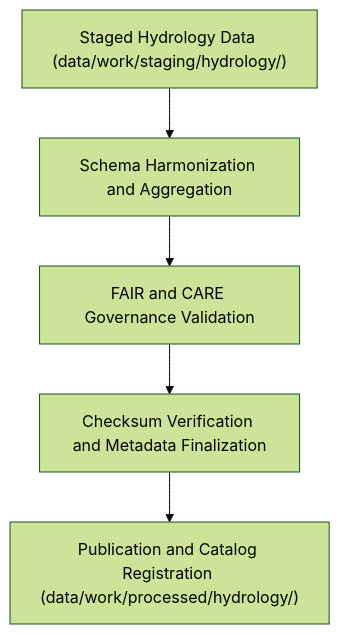
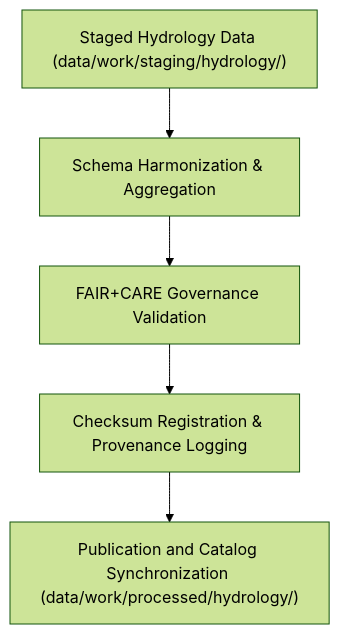
The diagram in data/work/processed/hydrology/README.md (bartytime4life/Kansas-Frontier-Matrix), drawn with Mermaid (forest theme) before and after one commit. The commit also changed other lines of this file, not shown here.

````diff
--- a/data/work/processed/hydrology/README.md
+++ b/data/work/processed/hydrology/README.md
@@ -61,7 +67,7 @@
 ```mermaid
 flowchart TD
-    A["Staged Hydrology Data (data/work/staging/hydrology/)"] --> B["Schema Harmonization and Aggregation"]
-    B --> C["FAIR and CARE Governance Validation"]
-    C --> D["Checksum Verification and Metadata Finalization"]
-    D --> E["Publication and Catalog Registration (data/work/processed/hydrology/)"]
+    A["Staged Hydrology Data (data/work/staging/hydrology/)"] --> B["Schema Harmonization & Aggregation"]
+    B --> C["FAIR+CARE Governance Validation"]
+    C --> D["Checksum Registration & Provenance Logging"]
+    D --> E["Publication and Catalog Synchronization (data/work/processed/hydrology/)"]
 ```
````
